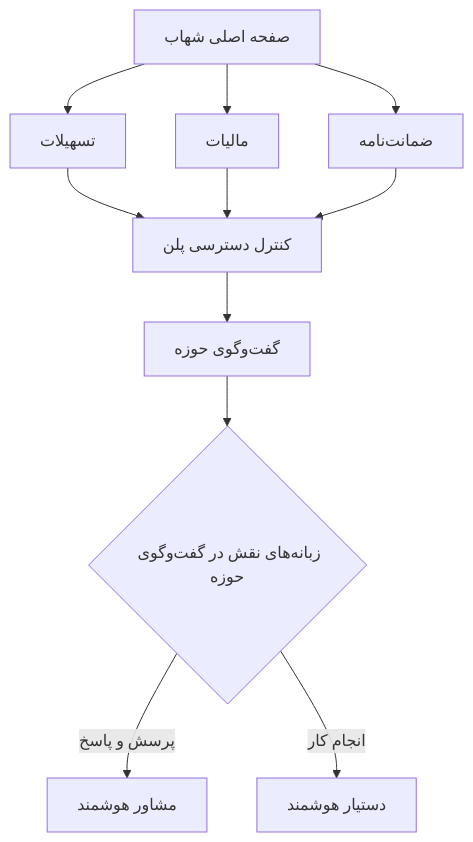
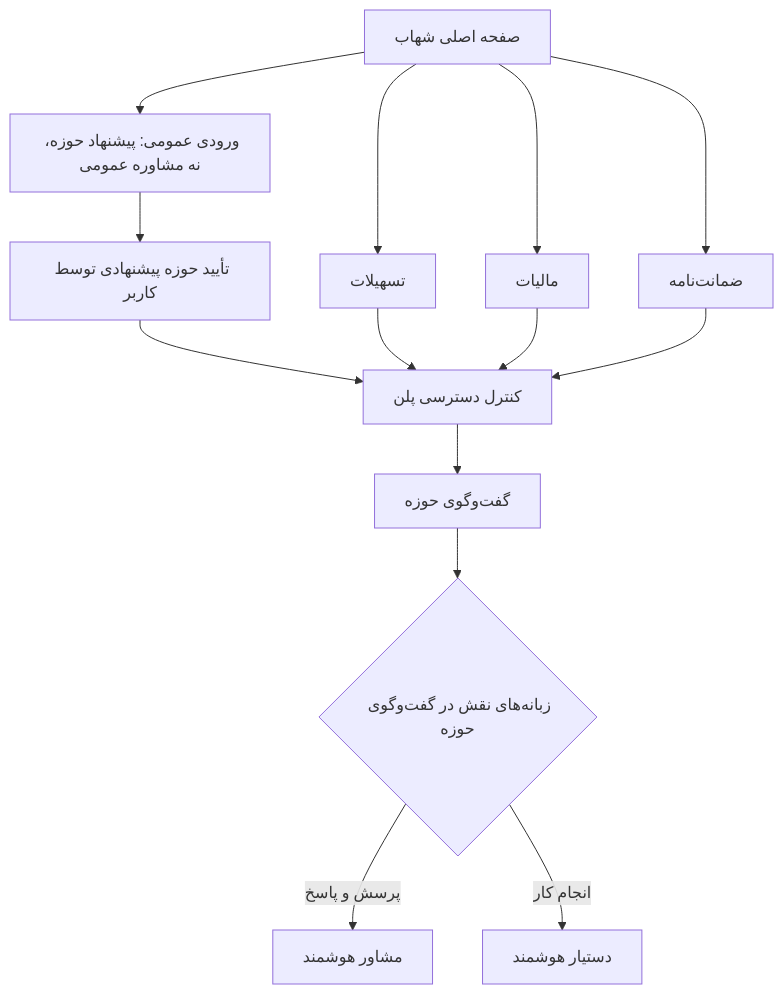
Diagram 13 of 26 in docs/SHAHAB_PHASE_2_DEVELOPMENT_BLUEPRINT.md (Brotherlouiee/shahab-demo), drawn with Mermaid before and after one commit. The commit also changed other lines of this file, not shown here.

````diff
--- a/docs/SHAHAB_PHASE_2_DEVELOPMENT_BLUEPRINT.md
+++ b/docs/SHAHAB_PHASE_2_DEVELOPMENT_BLUEPRINT.md
@@ -1242,20 +1244,23 @@
 ```mermaid
 flowchart TD
     HOME["صفحه اصلی شهاب"]
     LOAN["تسهیلات"]
     TAX["مالیات"]
     GUAR["ضمانت‌نامه"]
     CHECK["کنترل دسترسی پلن"]
     CHOICE{"زبانه‌های نقش در گفت‌وگوی حوزه"}
     ADV["مشاور هوشمند"]
     AST["دستیار هوشمند"]
+    HOME --> ROUTE["ورودی عمومی: پیشنهاد حوزه، نه مشاوره عمومی"]
+    ROUTE --> CONFIRM["تأیید حوزه پیشنهادی توسط کاربر"]
+    CONFIRM --> CHECK
     HOME --> LOAN
     HOME --> TAX
     HOME --> GUAR
     LOAN --> CHECK
     TAX --> CHECK
     GUAR --> CHECK
     CHECK --> CHAT["گفت‌وگوی حوزه"] --> CHOICE
     CHOICE -->|پرسش و پاسخ| ADV
     CHOICE -->|انجام کار| AST
 ```
````
